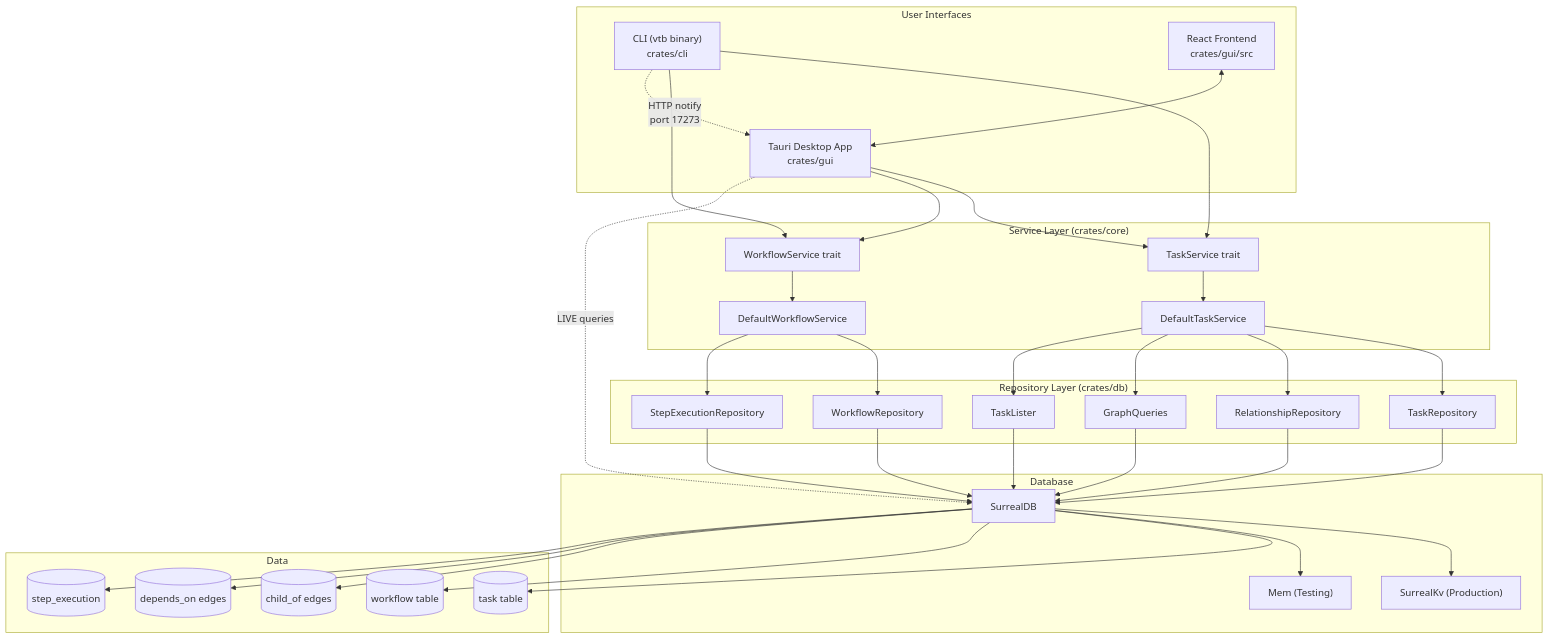
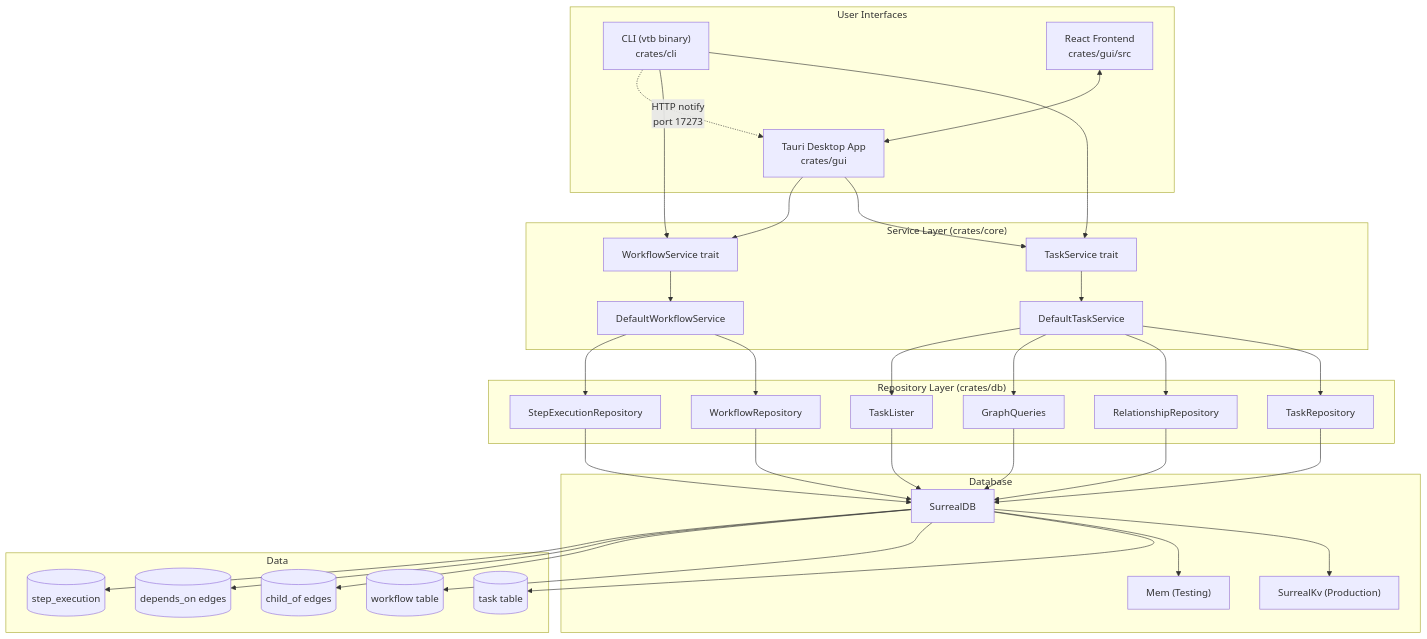
The diagram in AGENTS.md (CamonZ/vertebrae), drawn with Mermaid before and after one commit. The commit also changed other lines of this file and 3 other files, not shown here.

````diff
--- a/AGENTS.md
+++ b/AGENTS.md
@@ -382,56 +381,55 @@
 ```mermaid
 flowchart TB
     subgraph "User Interfaces"
         CLI["CLI (vtb binary)<br/>crates/cli"]
         GUI["Tauri Desktop App<br/>crates/gui"]
         React["React Frontend<br/>crates/gui/src"]
     end
 
     subgraph "Service Layer (crates/core)"
         TS["TaskService trait"]
         WS["WorkflowService trait"]
         DTS["DefaultTaskService"]
         DWS["DefaultWorkflowService"]
     end
 
     subgraph "Repository Layer (crates/db)"
         TR["TaskRepository"]
         WR["WorkflowRepository"]
         RR["RelationshipRepository"]
         GQ["GraphQueries"]
         TL["TaskLister"]
         ER["StepExecutionRepository"]
     end
 
     subgraph "Database"
         SDB["SurrealDB"]
         KV["SurrealKv (Production)"]
         Mem["Mem (Testing)"]
     end
 
     subgraph "Data"
         Tasks[(task table)]
         Workflows[(workflow table)]
         ChildOf[(child_of edges)]
         DependsOn[(depends_on edges)]
         Executions[(step_execution)]
     end
 
     CLI --> TS & WS
     GUI --> TS & WS
     React <--> GUI
 
     TS --> DTS
     WS --> DWS
 
     DTS --> TR & RR & GQ & TL
     DWS --> WR & ER
 
     TR & WR & RR & GQ & TL & ER --> SDB
     SDB --> KV & Mem
 
     SDB --> Tasks & Workflows & ChildOf & DependsOn & Executions
 
-    GUI -.->|"LIVE queries"| SDB
     CLI -.->|"HTTP notify<br/>port 17273"| GUI
 ```
````
